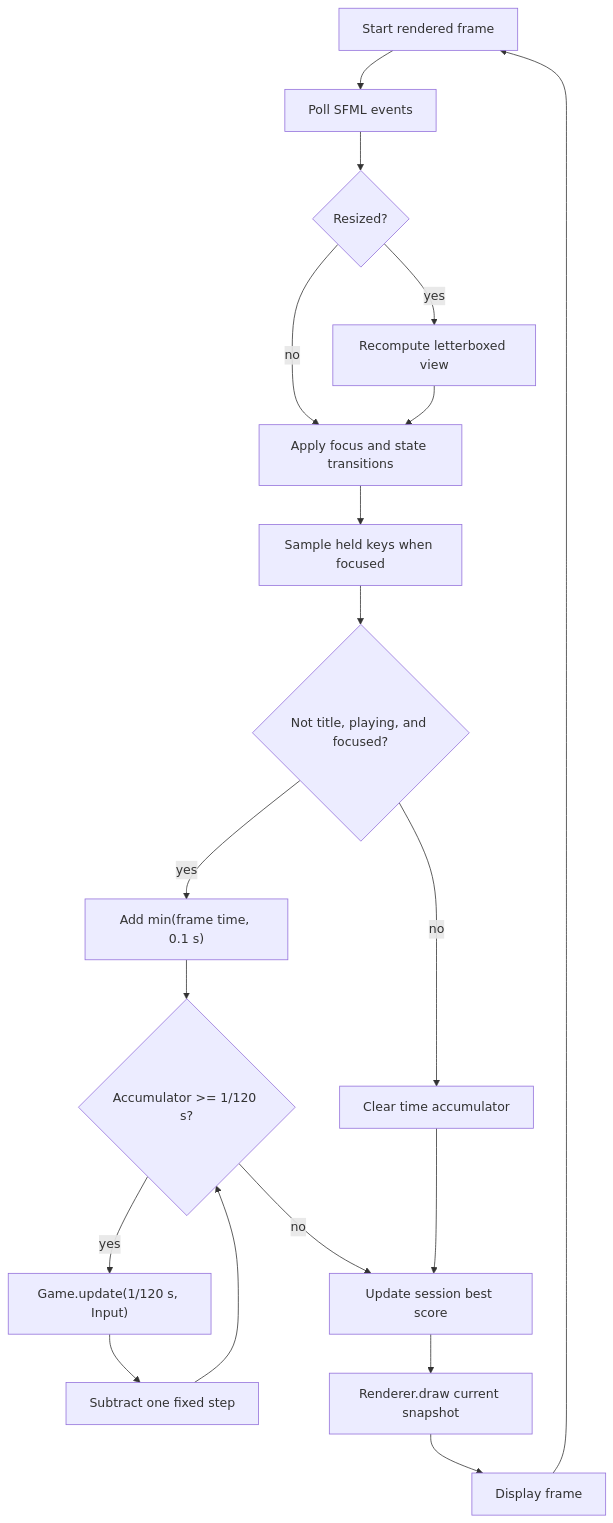
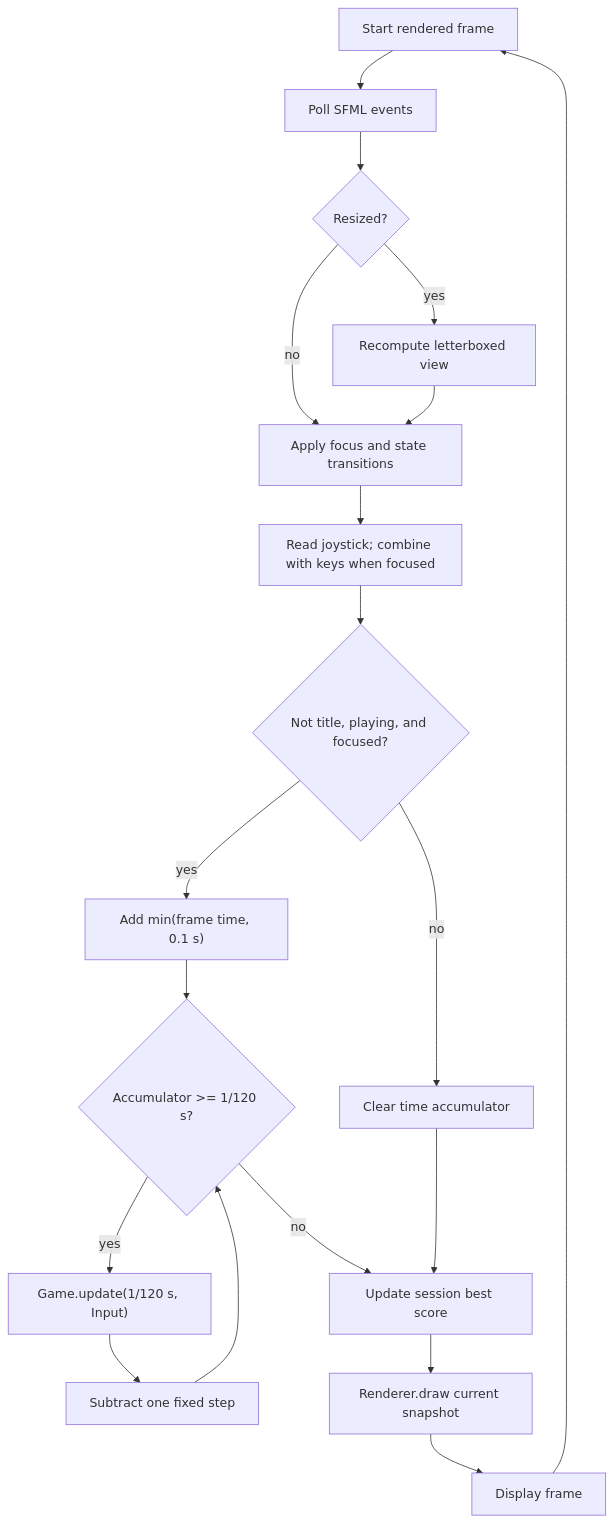
Before and after one commit to OMerkel/pebble_blaster: the fifth of 10 diagrams in doc/software_architecture.md, drawn with Mermaid. The commit also changed other lines of this file and 21 other files, not shown here.

````diff
--- a/doc/software_architecture.md
+++ b/doc/software_architecture.md
@@ -298,21 +399,21 @@
 ```mermaid
 flowchart TD
     Frame["Start rendered frame"] --> Events["Poll SFML events"]
     Events --> Resize{"Resized?"}
     Resize -->|yes| View["Recompute letterboxed view"]
     Resize -->|no| Focus
     View --> Focus["Apply focus and state transitions"]
-    Focus --> Sample["Sample held keys when focused"]
+    Focus --> Sample["Read joystick; combine with keys when focused"]
     Sample --> Active{"Not title, playing, and focused?"}
     Active -->|no| Clear["Clear time accumulator"]
     Active -->|yes| Accumulate["Add min(frame time, 0.1 s)"]
     Accumulate --> Due{"Accumulator >= 1/120 s?"}
     Due -->|yes| Tick["Game.update(1/120 s, Input)"]
     Tick --> Subtract["Subtract one fixed step"]
     Subtract --> Due
     Due -->|no| Best["Update session best score"]
     Clear --> Best
     Best --> Draw["Renderer.draw current snapshot"]
     Draw --> Present["Display frame"]
     Present --> Frame
 ```
````
